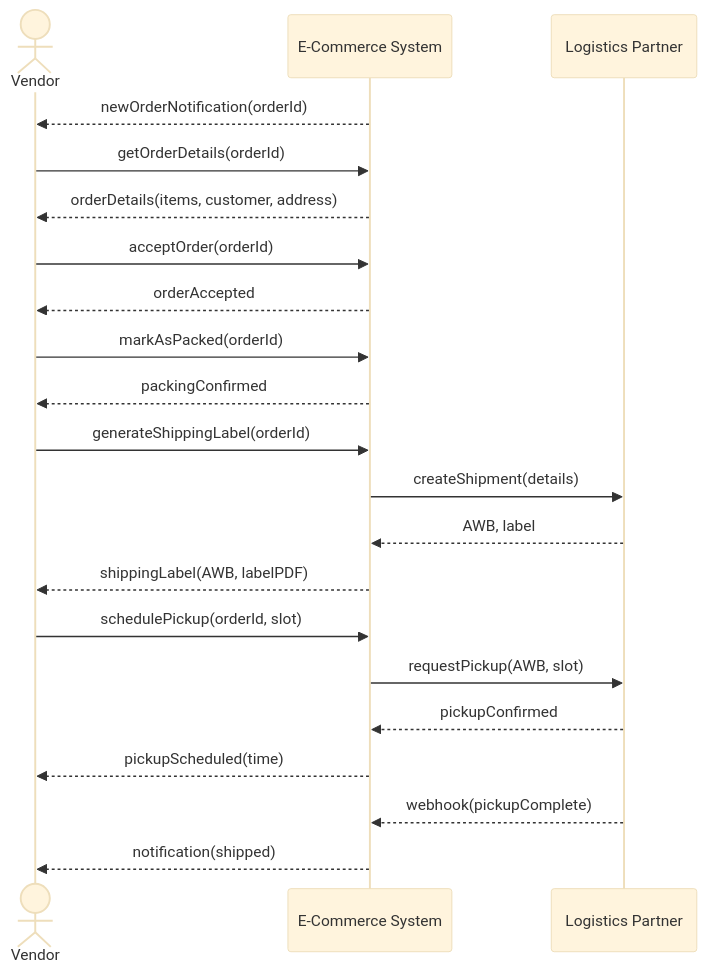
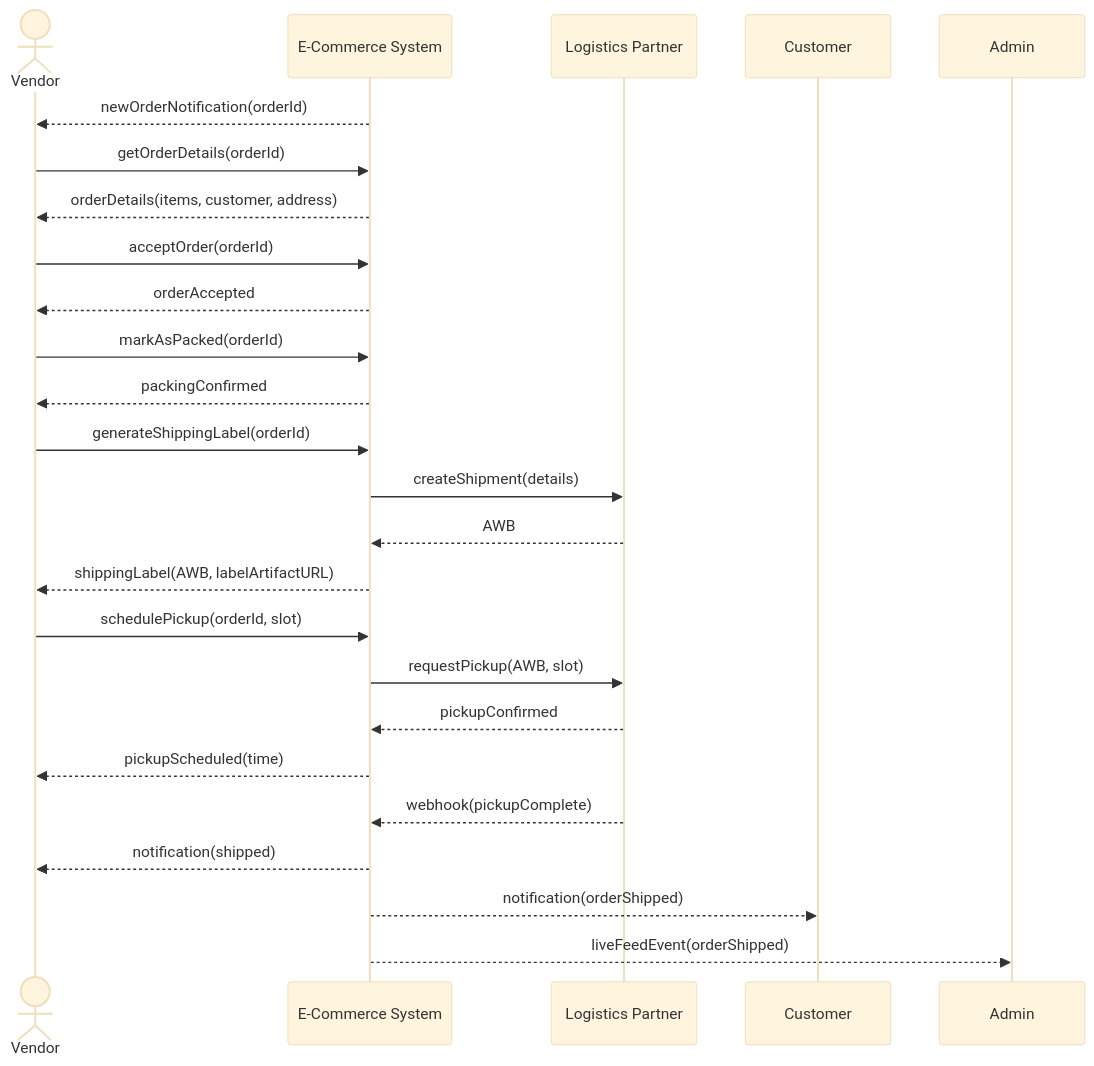
Before and after one commit to 0Ankit0/Project-Ideas: the fifth of 11 diagrams in E-Commerce/high-level-design/system-sequence-diagrams.md, drawn with Mermaid (base theme). The commit also changed other lines of this file and 64 other files, not shown here.

````diff
--- a/E-Commerce/high-level-design/system-sequence-diagrams.md
+++ b/E-Commerce/high-level-design/system-sequence-diagrams.md
@@ -104,30 +129,32 @@
 ```mermaid
 sequenceDiagram
     actor Vendor
     participant System as E-Commerce System
     participant Logistics as Logistics Partner
-    
+
     System-->>Vendor: newOrderNotification(orderId)
-    
+
     Vendor->>System: getOrderDetails(orderId)
     System-->>Vendor: orderDetails(items, customer, address)
-    
+
     Vendor->>System: acceptOrder(orderId)
     System-->>Vendor: orderAccepted
-    
+
     Vendor->>System: markAsPacked(orderId)
     System-->>Vendor: packingConfirmed
-    
+
     Vendor->>System: generateShippingLabel(orderId)
     System->>Logistics: createShipment(details)
-    Logistics-->>System: AWB, label
-    System-->>Vendor: shippingLabel(AWB, labelPDF)
-    
+    Logistics-->>System: AWB
+    System-->>Vendor: shippingLabel(AWB, labelArtifactURL)
+
     Vendor->>System: schedulePickup(orderId, slot)
     System->>Logistics: requestPickup(AWB, slot)
     Logistics-->>System: pickupConfirmed
     System-->>Vendor: pickupScheduled(time)
-    
+
     Logistics-->>System: webhook(pickupComplete)
     System-->>Vendor: notification(shipped)
+    System-->>Customer: notification(orderShipped)
+    System-->>Admin: liveFeedEvent(orderShipped)
 ```
````
